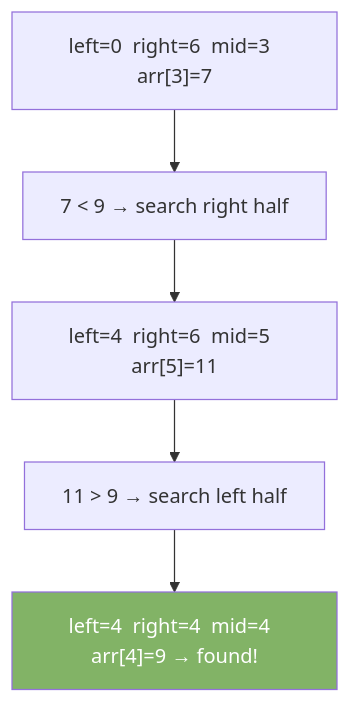
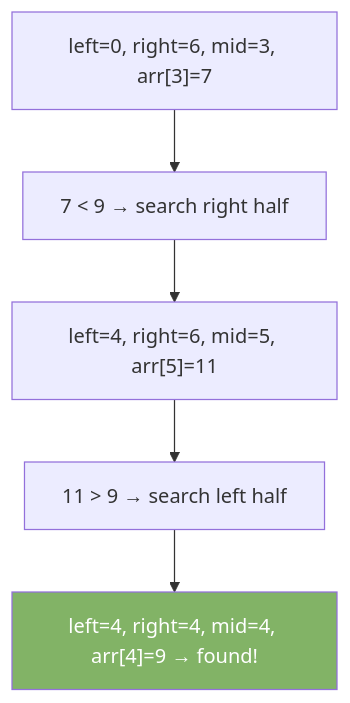
One commit to valarpirai/software-enginneering changed the diagram in docs/24-binary-search.md. Above: the diagram before and after it, drawn with Mermaid. The commit also changed other lines of this file and 3 other files, not shown here.

````diff
--- a/docs/24-binary-search.md
+++ b/docs/24-binary-search.md
@@ -30,7 +34,7 @@
 ```mermaid
 graph TD
-    S1["left=0  right=6  mid=3  arr[3]=7"] --> S2["7 < 9 → search right half"]
-    S2 --> S3["left=4  right=6  mid=5  arr[5]=11"] --> S4["11 > 9 → search left half"]
-    S4 --> S5["left=4  right=4  mid=4  arr[4]=9 → found!"]
+    S1["left=0, right=6, mid=3, arr[3]=7"] --> S2["7 < 9 → search right half"]
+    S2 --> S3["left=4, right=6, mid=5, arr[5]=11"] --> S4["11 > 9 → search left half"]
+    S4 --> S5["left=4, right=4, mid=4, arr[4]=9 → found!"]
     style S5 fill:#82b366,color:#fff
 ```
````
